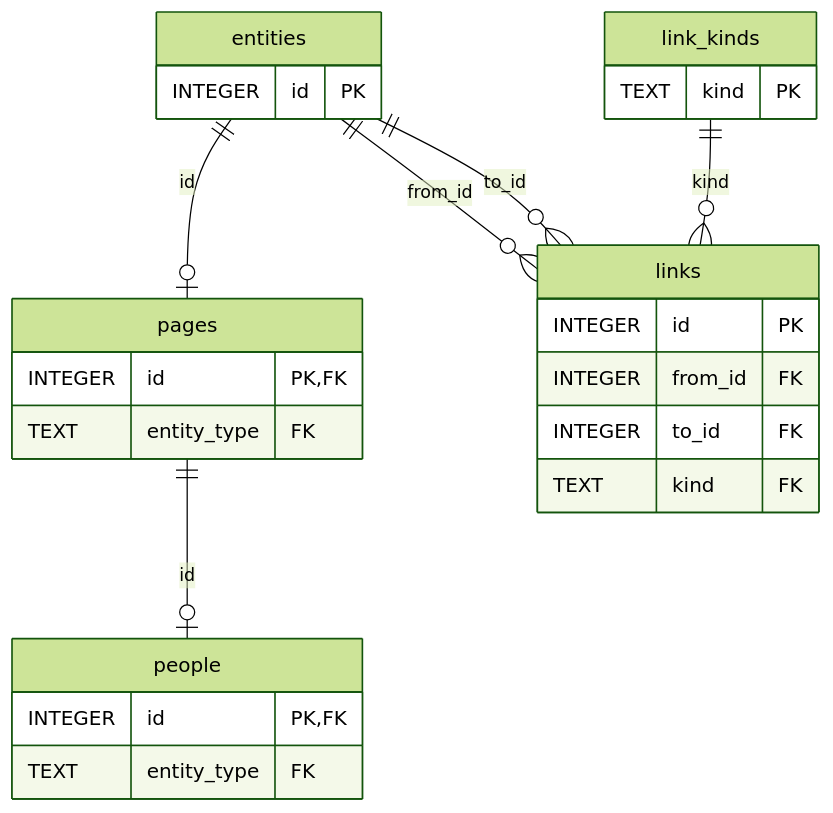
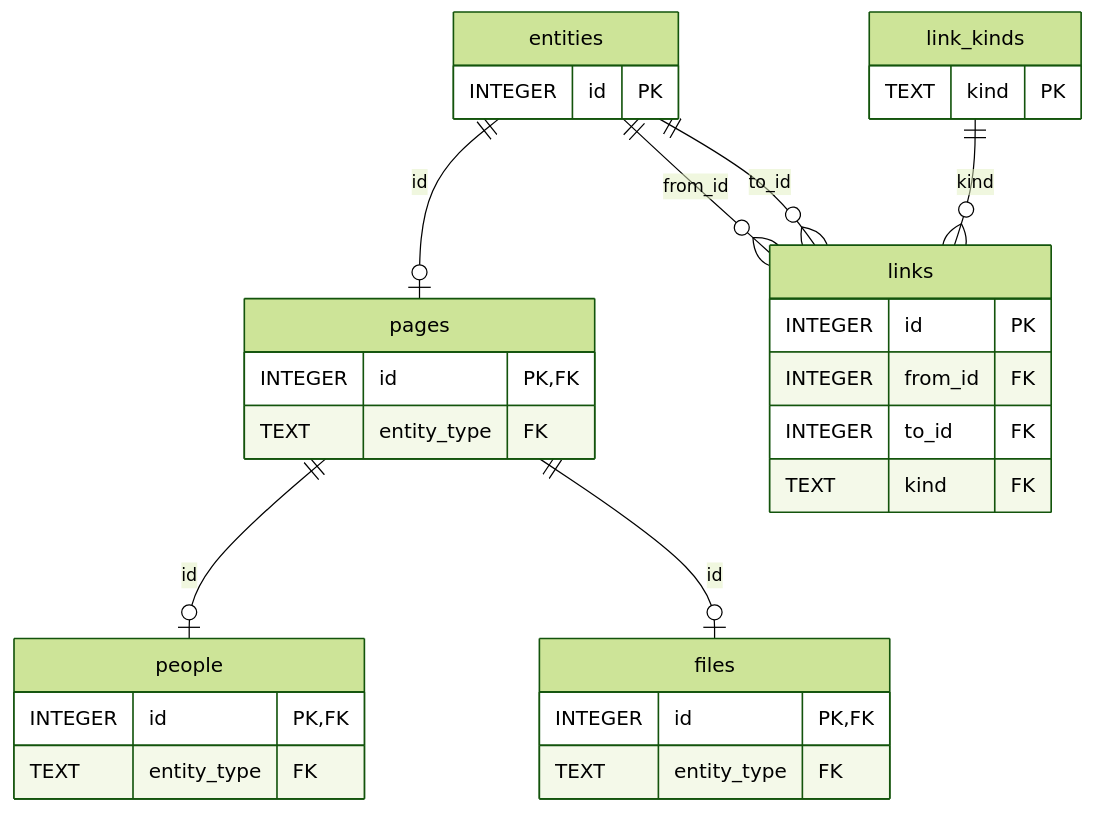
One commit to alexradunet/lifelogdb changed the first of 2 diagrams in docs/architecture/entity-model.md. Above: the diagram before and after it, drawn with Mermaid (forest theme). The commit also changed other lines of this file and 58 other files, not shown here.

````diff
--- a/docs/architecture/entity-model.md
+++ b/docs/architecture/entity-model.md
@@ -17,30 +17,35 @@
 ```mermaid
 %% diagram: er-core
 erDiagram
     entities ||--o| pages    : "id"
     pages    ||--o| people   : "id"
+    pages    ||--o| files    : "id"
     entities ||--o{ links    : "from_id"
     entities ||--o{ links    : "to_id"
     link_kinds ||--o{ links  : "kind"
 
     entities {
         INTEGER id PK
     }
     pages {
         INTEGER id PK, FK
         TEXT entity_type FK
     }
     people {
         INTEGER id PK, FK
         TEXT entity_type FK
     }
+    files {
+        INTEGER id PK, FK
+        TEXT entity_type FK
+    }
     links {
         INTEGER id PK
         INTEGER from_id FK
         INTEGER to_id FK
         TEXT kind FK
     }
     link_kinds {
         TEXT kind PK
     }
 ```
````
